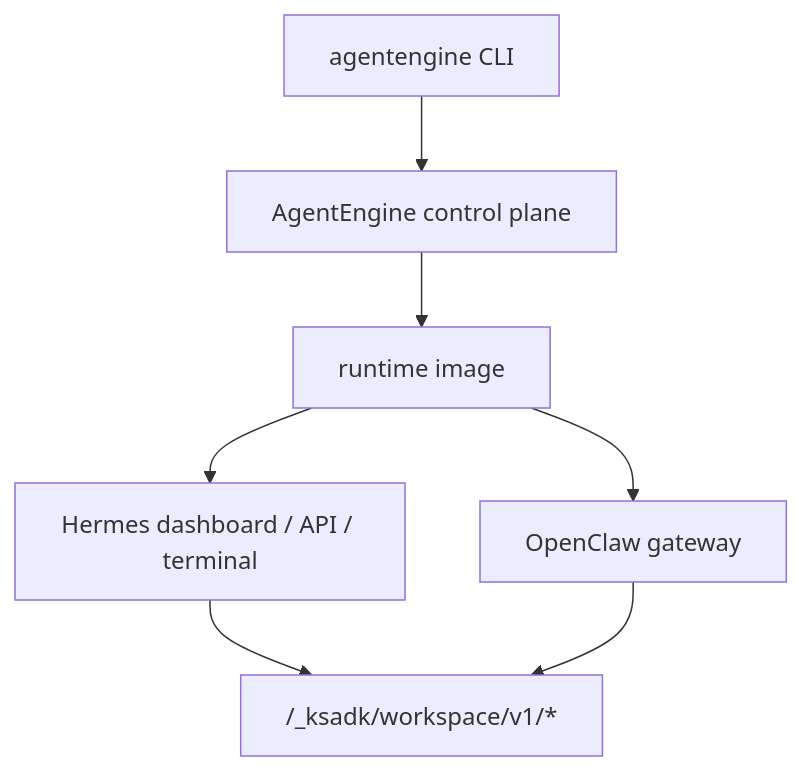
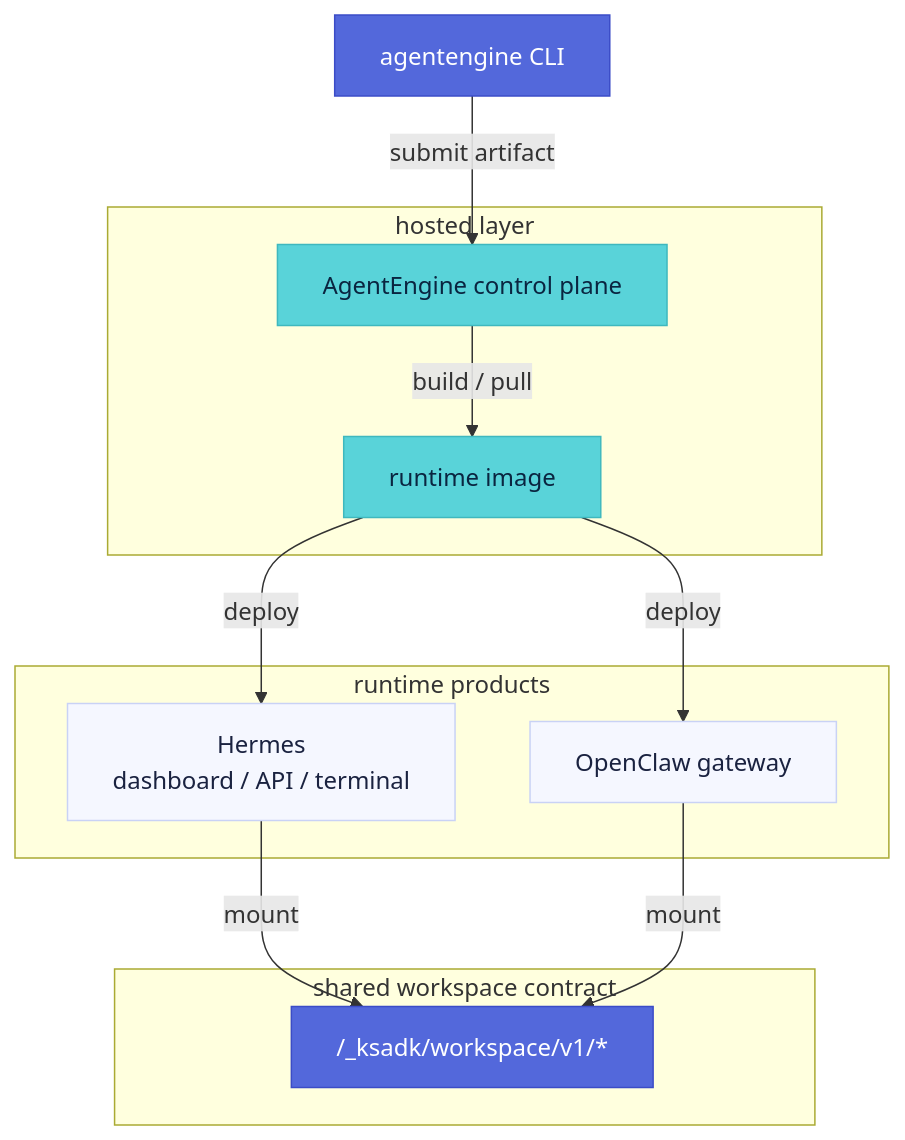
Before and after one commit to kingsoftcloud/ksadk-python: the diagram in docs-site/content/docs/framework/guides/runtime-products.en.mdx, drawn with Mermaid. The commit also changed other lines of this file and 33 other files, not shown here.

````diff
--- a/docs-site/content/docs/framework/guides/runtime-products.en.mdx
+++ b/docs-site/content/docs/framework/guides/runtime-products.en.mdx
@@ -19,9 +19,28 @@
 ```mermaid
 flowchart TD
-  CLI["agentengine CLI"] --> Control["AgentEngine control plane"]
-  Control --> Image["runtime image"]
-  Image --> Hermes["Hermes dashboard / API / terminal"]
-  Image --> OpenClaw["OpenClaw gateway"]
-  Hermes --> Workspace["/_ksadk/workspace/v1/*"]
-  OpenClaw --> Workspace
+  CLI["agentengine CLI"] -->|submit artifact| Control["AgentEngine control plane"]
+  Control -->|build / pull| Image["runtime image"]
+  Image -->|deploy| Hermes["Hermes<br/>dashboard / API / terminal"]
+  Image -->|deploy| OpenClaw["OpenClaw gateway"]
+  Hermes -->|mount| Workspace["/_ksadk/workspace/v1/*"]
+  OpenClaw -->|mount| Workspace
+
+  subgraph hosted["hosted layer"]
+    Control
+    Image
+  end
+  subgraph products["runtime products"]
+    Hermes
+    OpenClaw
+  end
+  subgraph shared["shared workspace contract"]
+    Workspace
+  end
+
+  classDef brand fill:#5368db,stroke:#3b4cc7,color:#fff
+  classDef accent fill:#59d3d9,stroke:#3fb8be,color:#0a2540
+  classDef neutral fill:#f5f7ff,stroke:#c9d2f5,color:#1a2240
+  class CLI,Workspace brand
+  class Control,Image accent
+  class Hermes,OpenClaw neutral
 ```
````
